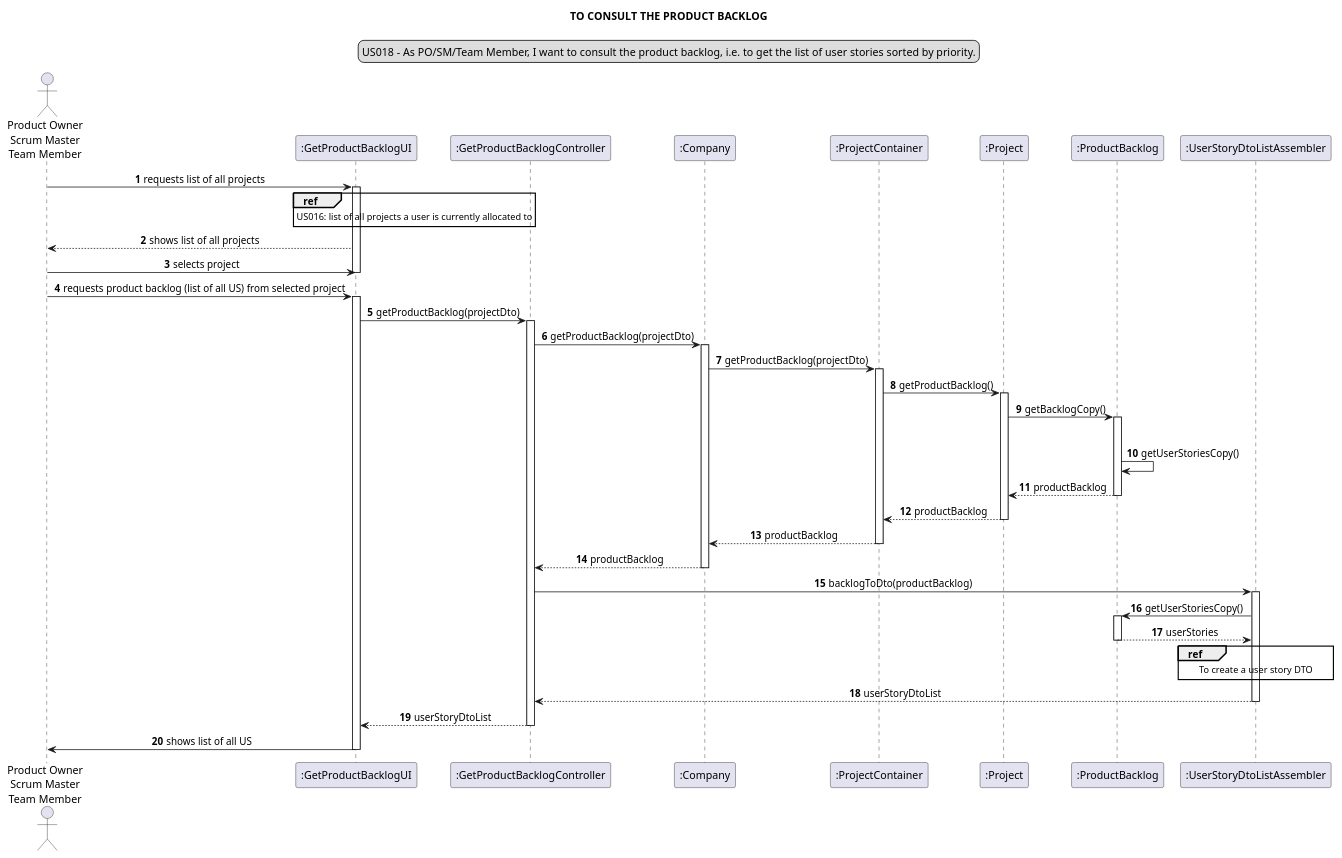
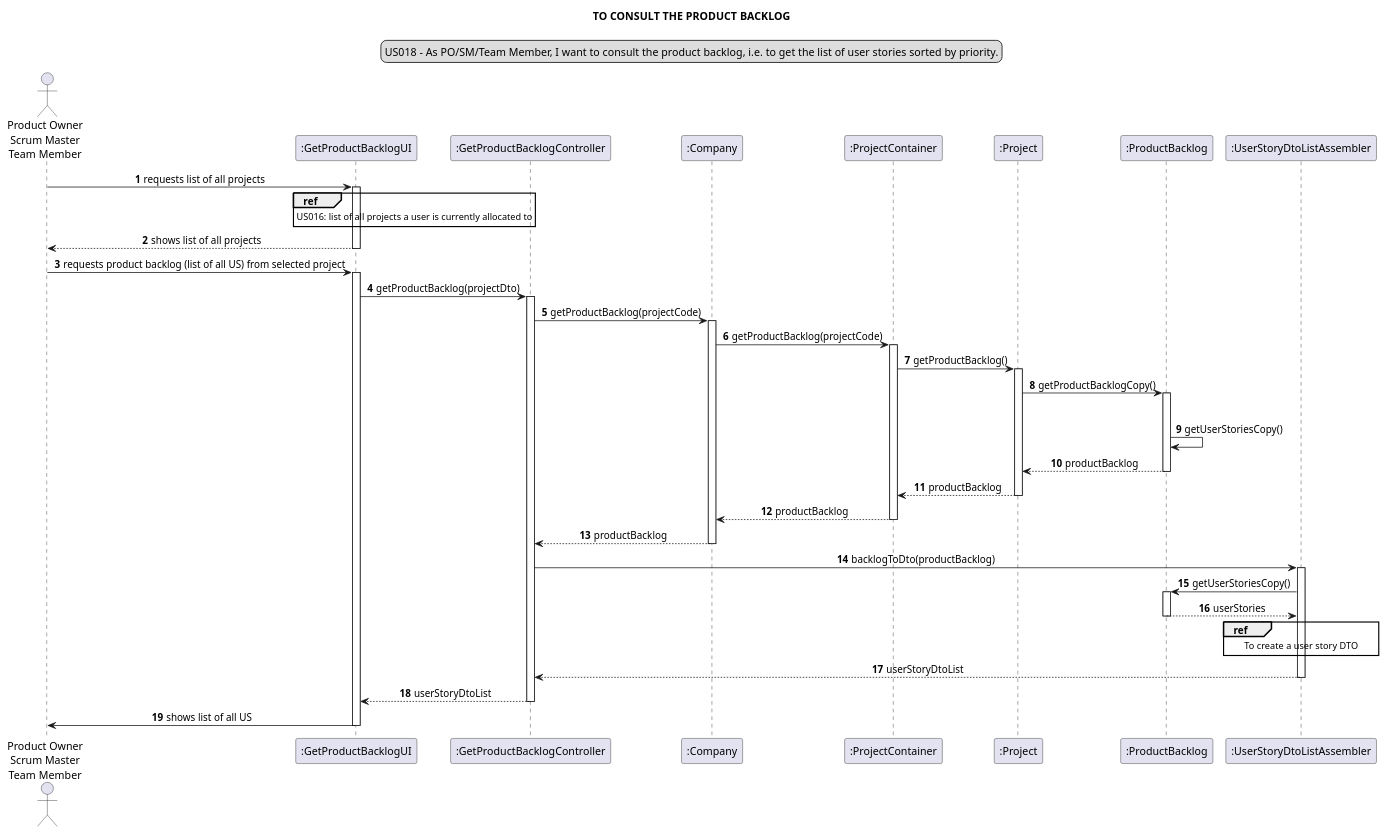
The diagram in docs/modelling_design/user_stories/sprint03/us018/US018_sequenceDiagram.puml (Loracline/project_switch_22-23), drawn with PlantUML before and after one commit. The commit also changed 3 other files, not shown here.

Commit message:
US018: Design: updated userStoryDto_sequenceDiagram.puml and Sequence Diagram of US018, addresses #25

```diff
--- a/docs/modelling_design/user_stories/sprint03/us018/US018_sequenceDiagram.puml
+++ b/docs/modelling_design/user_stories/sprint03/us018/US018_sequenceDiagram.puml
@@ -1,68 +1,67 @@
 @startuml
 skinparam sequenceMessageAlign center
 title TO CONSULT THE PRODUCT BACKLOG
 legend top
 US018 - As PO/SM/Team Member, I want to consult the product backlog, i.e. to get the list of user stories sorted by priority.
 end legend
 autonumber
 
 actor "Product Owner\nScrum Master\nTeam Member" as actor
 participant ":GetProductBacklogUI" as ui
 participant ":GetProductBacklogController" as controller
 participant ":Company" as company
 participant ":ProjectContainer" as container
 participant ":Project" as project
 participant ":ProductBacklog" as backlog
 participant ":UserStoryDtoListAssembler" as assembler
 
 
 actor -> ui: requests list of all projects
 activate ui
 ref over ui: US016: list of all projects a user is currently allocated to
 
 ui --> actor: shows list of all projects
-actor -> ui: selects project
 deactivate ui
 
 actor -> ui: requests product backlog (list of all US) from selected project
 activate ui
 ui -> controller: getProductBacklog(projectDto)
 activate controller
-controller -> company: getProductBacklog(projectDto)
+controller -> company: getProductBacklog(projectCode)
 activate company
-company -> container: getProductBacklog(projectDto)
+company -> container: getProductBacklog(projectCode)
 activate container
 
 container -> project: getProductBacklog()
 activate project
-project -> backlog: getBacklogCopy()
+project -> backlog: getProductBacklogCopy()
 
 loop for each user story in userStories
 activate backlog
 backlog -> backlog: getUserStoriesCopy()
 
 backlog --> project: productBacklog
 deactivate backlog
 
 project --> container: productBacklog
 deactivate project
 container --> company: productBacklog
 deactivate container
 company --> controller: productBacklog
 deactivate company
 controller -> assembler: backlogToDto(productBacklog)
 activate assembler
 assembler -> backlog: getUserStoriesCopy()
 activate backlog
 backlog --> assembler: userStories
 deactivate backlog
 ref over assembler: To create a user story DTO
 assembler --> controller: userStoryDtoList
 
 deactivate assembler
 controller --> ui: userStoryDtoList
 deactivate controller
 
 ui -> actor: shows list of all US
 deactivate ui
 @enduml
```
